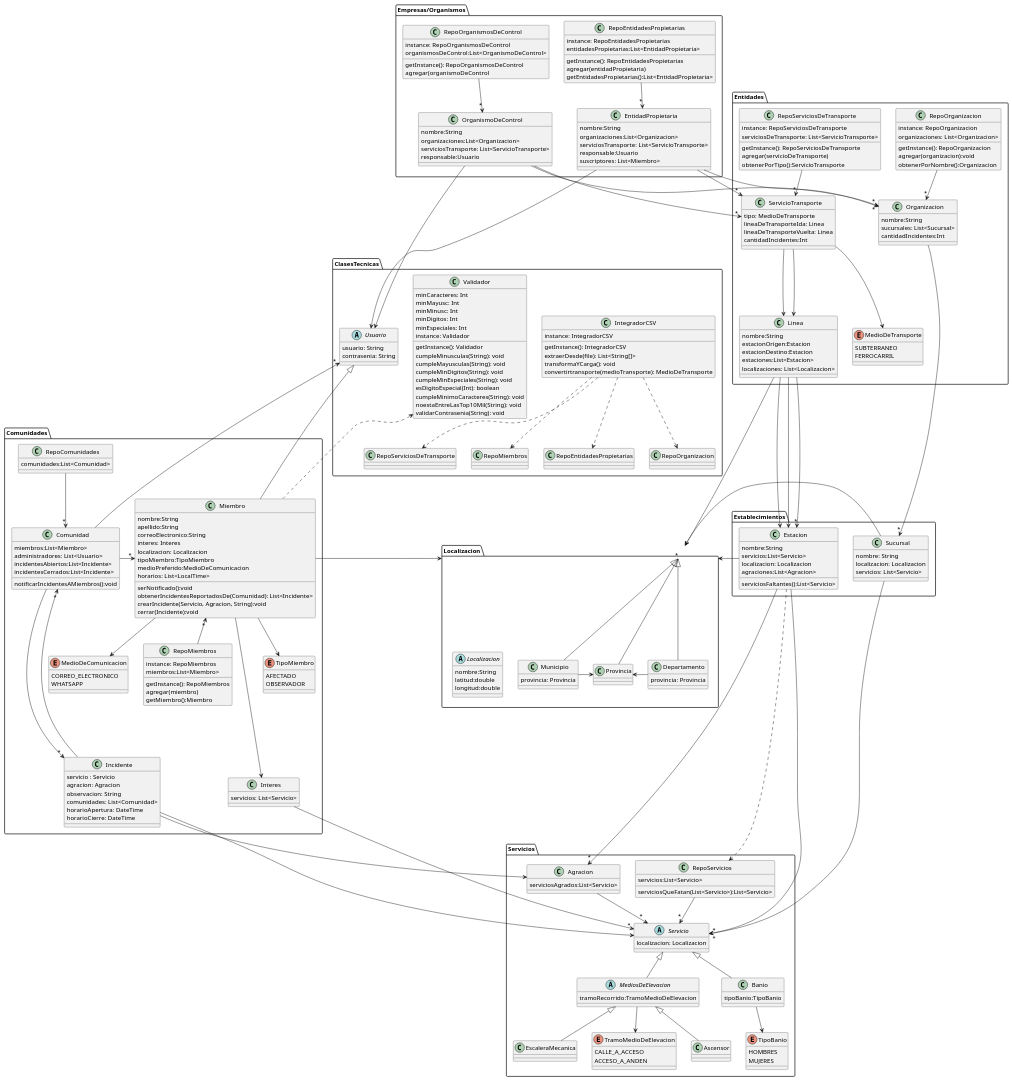
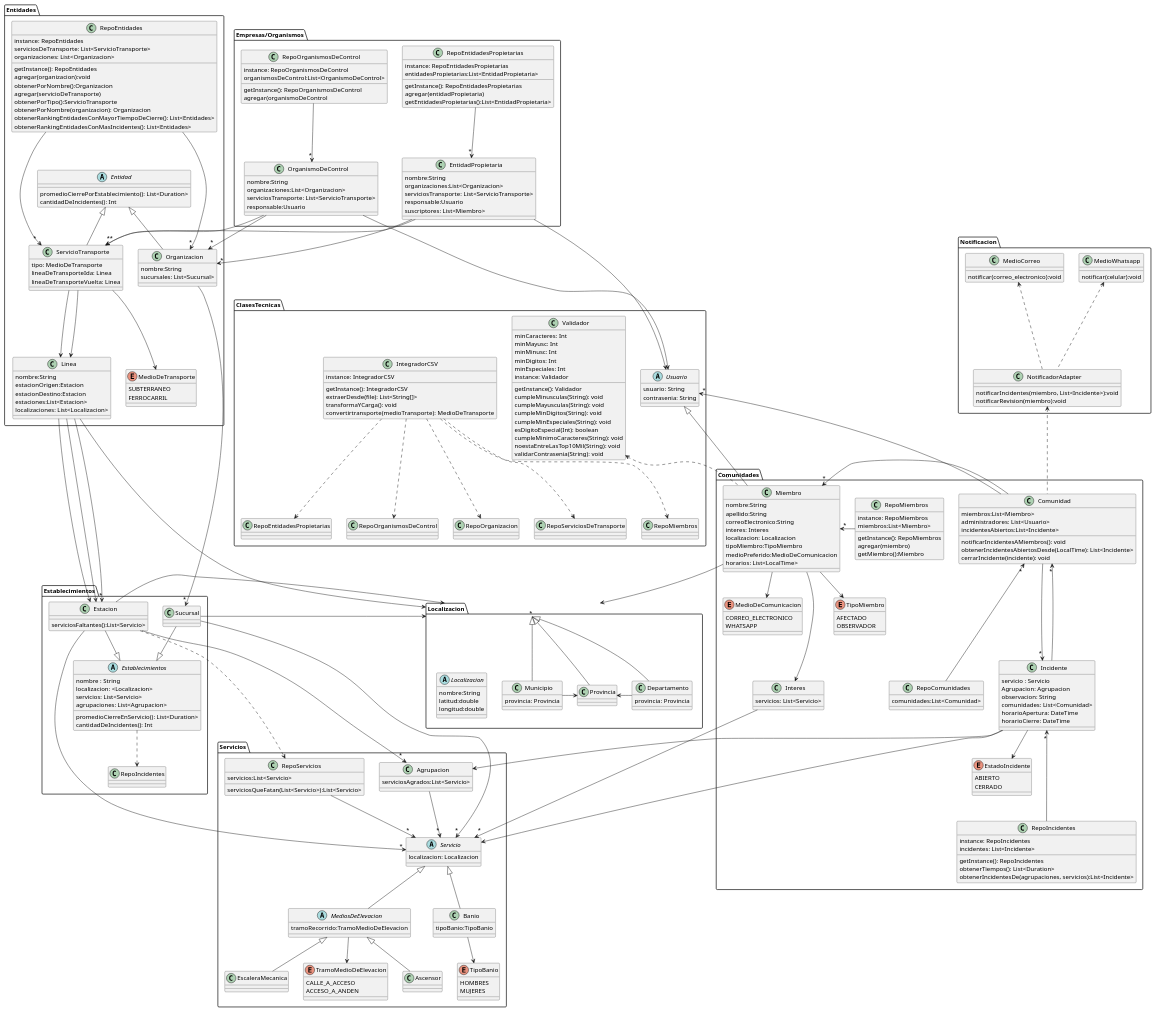
The diagram in Entrega-3/out/diagramaDeClases.puml (tomidandrea/TPA-DDS-2023), drawn with PlantUML before and after one commit. The commit also changed 2 other files, not shown here.

Commit message:
Actualizo diagrama de clases

```diff
--- a/Entrega-3/out/diagramaDeClases.puml
+++ b/Entrega-3/out/diagramaDeClases.puml
@@ -3,33 +3,34 @@
 
 package Entidades{
 
+    class RepoEntidades{
+        instance: RepoEntidades
+        serviciosDeTransporte: List<ServicioTransporte>
+        organizaciones: List<Organizacion>
+        getInstance(): RepoEntidades
+        agregar(organizacion):void
+        obtenerPorNombre():Organizacion
+        agregar(servicioDeTransporte)
+        obtenerPorTipo():ServicioTransporte
+        obtenerPorNombre(organizacion): Organizacion
+        obtenerRankingEntidadesConMayorTiempoDeCierre(): List<Entidades>
+        obtenerRankingEntidadesConMasIncidentes(): List<Entidades>
+    }
+
+    abstract class Entidad{
+        promedioCierrePorEstablecimiento(): List<Duration>
+        cantidadDeIncidentes(): Int
+    }
+
     class Organizacion{
         nombre:String
         sucursales: List<Sucursal>
-        cantidadIncidentes:Int
-    }
-
-    class RepoOrganizacion{
-        instance: RepoOrganizacion
-        organizaciones: List<Organizacion>
-        getInstance(): RepoOrganizacion
-        agregar(organizacion):void
-        obtenerPorNombre():Organizacion
     }
 
     class ServicioTransporte{
         tipo: MedioDeTransporte
         lineaDeTransporteIda: Linea
         lineaDeTransporteVuelta: Linea
-        cantidadIncidentes:Int
-    }
-
-    class RepoServiciosDeTransporte{
-        instance: RepoServiciosDeTransporte
-        serviciosDeTransporte: List<ServicioTransporte>
-        getInstance(): RepoServiciosDeTransporte
-        agregar(servicioDeTransporte)
-        obtenerPorTipo():ServicioTransporte
     }
 
     enum MedioDeTransporte{
@@ -48,25 +49,36 @@
     ServicioTransporte --> MedioDeTransporte
     ServicioTransporte --> Linea
     ServicioTransporte --> Linea
-    RepoOrganizacion -->"*" Organizacion
-    RepoServiciosDeTransporte -->"*" ServicioTransporte
+    Organizacion-up-|>Entidad
+    ServicioTransporte-up-|>Entidad
+    RepoEntidades --->"*" Organizacion
+    RepoEntidades --->"*" ServicioTransporte
 }
 
 package Establecimientos {
 
+    abstract class Establecimientos{
+        nombre : String
+        localizacion: <Localizacion>
+        servicios: List<Servicio>
+        agrupaciones: List<Agrupacion>
+        promedioCierreEnServicio(): List<Duration>
+        cantidadDeIncidentes(): Int
+    }
+
   class Sucursal{
-     nombre: String
-     localizacion: Localizacion
-     servicios: List<Servicio>
   }
 
   class Estacion{
-     nombre:String
-     servicios:List<Servicio>
-     localizacion: Localizacion
-     agraciones:List<Agracion>
      serviciosFaltantes():List<Servicio>
   }
+
+  class "RepoIncidentes" as CopiaRepoIncidentes{
+      }
+
+  Sucursal-down-|>Establecimientos
+  Estacion-down-|>Establecimientos
+    Establecimientos..>CopiaRepoIncidentes
 }
 
 
@@ -75,7 +87,7 @@
       servicios:List<Servicio>
       serviciosQueFatan(List<Servicio>):List<Servicio>
   }
-  class Agracion{
+  class Agrupacion{
       serviciosAgrados:List<Servicio>
   }
   abstract class Servicio{
@@ -109,8 +121,8 @@
 'Relaciones de servicios
     RepoServicios -down->"*" Servicio
     Estacion -->"*" Servicio
-    Estacion -->"*" Agracion
-    Agracion -->"*" Servicio
+    Estacion -->"*" Agrupacion
+    Agrupacion -->"*" Servicio
     MediosDeElevacion -up-|> Servicio
     MediosDeElevacion --> TramoMedioDeElevacion
     Ascensor -up-|> MediosDeElevacion
@@ -124,8 +136,9 @@
         miembros:List<Miembro>
         administradores: List<Usuario>
         incidentesAbiertos:List<Incidente>
-        incidentesCerrados:List<Incidente>
-        notificarIncidentesAMiembros():void
+        notificarIncidentesAMiembros(): void
+        obtenerIncidentesAbiertosDesde(LocalTime): List<Incidente>
+        cerrarIncidente(incidente): void
     }
 
     class RepoComunidades{
@@ -141,12 +154,6 @@
         tipoMiembro:TipoMiembro
         medioPreferido:MedioDeComunicacion
         horarios: List<LocalTime>
-        'No se para que es este metodo
-        serNotificado():void
-        obtenerIncidentesReportadosDe(Comunidad): List<Incidente>
-        crearIncidente(Servicio, Agracion, String):void
-        cerrar(Incidente):void
-
     }
 
     enum TipoMiembro{
@@ -173,20 +180,37 @@
 
     class  Incidente{
         servicio : Servicio
-        agracion: Agracion
+        Agrupacion: Agrupacion
         observacion: String
         comunidades: List<Comunidad>
         horarioApertura: DateTime
         horarioCierre: DateTime
     }
+
+    class RepoIncidentes{
+        instance: RepoIncidentes
+        incidentes: List<Incidente>
+        getInstance(): RepoIncidentes
+        obtenerTiempos(): List<Duration>
+        obtenerIncidentesDe(agrupaciones, servicios):List<Incidente>
+    }
+
+    enum EstadoIncidente {
+        ABIERTO
+        CERRADO
+    }
+
     Incidente-->Servicio
-    Incidente-->Agracion
-    Incidente---->"*"Comunidad
-    Comunidad---->"*"Incidente
+    Incidente-->Agrupacion
+    Incidente-->"*"Comunidad
+    Incidente-->EstadoIncidente
+    Comunidad--->"*"Incidente
+    RepoIncidentes --up->"*" Incidente
+    
 
-    RepoMiembros -up->"*" Miembro
+    RepoMiembros -left->"*" Miembro
     Comunidad -left->"*" Miembro
-    RepoComunidades -->"*" Comunidad
+    RepoComunidades -up-->"*" Comunidad
     Miembro-down->TipoMiembro
     Miembro-down->MedioDeComunicacion
 }
@@ -231,14 +255,17 @@
       }
       class "RepoEntidadesPropietarias" as CopiaRepoEntidadesPropietarias{
       }
+      class "RepoOrganismosDeControl" as CopiaRepoOrganismosDeControl{
+      }
 
     IntegradorCSV ..> CopiaRepoOrg
     IntegradorCSV ..> CopiaRepoTransporte
     IntegradorCSV ..> CopiaRepoMiembros
     IntegradorCSV ..> CopiaRepoEntidadesPropietarias
-    Miembro-up--|>Usuario
-    Miembro ..right.> Validador
-    Comunidad -up->"*" Usuario
+    IntegradorCSV ..> CopiaRepoOrganismosDeControl
+    Miembro-up-|>Usuario
+    Miembro .up.> Validador
+    Comunidad --->"*" Usuario
 }
 
 
@@ -275,6 +302,7 @@
     agregar(organismoDeControl
 }
 }
+
 package Localizacion{
     abstract class Localizacion {
     nombre:String
@@ -293,6 +321,24 @@
     }
 }
 
+package Notificacion{
+    class NotificadorAdapter{
+        notificarIncidentes(miembro, List<Incidente>):void
+        notificarRevision(miembro):void
+    }
+
+    class MedioWhatsapp{
+        notificar(celular):void
+    }
+
+    class MedioCorreo{
+        notificar(correo_electronico):void
+    }
+    NotificadorAdapter..up>MedioCorreo
+    NotificadorAdapter..up>MedioWhatsapp
+}
+    Comunidad..up>NotificadorAdapter
+
 
 Miembro-left->Localizacion
 Municipio-up-|>Localizacion
@@ -301,12 +347,12 @@
 Municipio-right->Provincia
 Departamento-left->Provincia
 
-Linea-left-->"*"Localizacion
+Linea-down-->"*"Localizacion
 Sucursal--->Localizacion
 Sucursal-->"*"Servicio
-Estacion-right->Localizacion
+Estacion-left->Localizacion
 
-Miembro-down--->Interes
+Miembro-down-->Interes
 Interes-->"*"Servicio
 
 EntidadPropietaria-->"*"Organizacion
```
